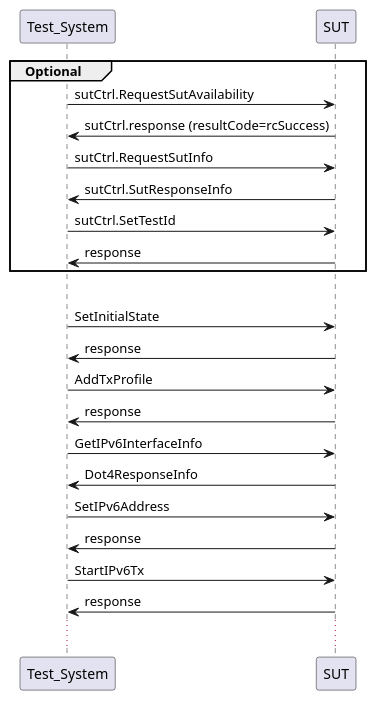
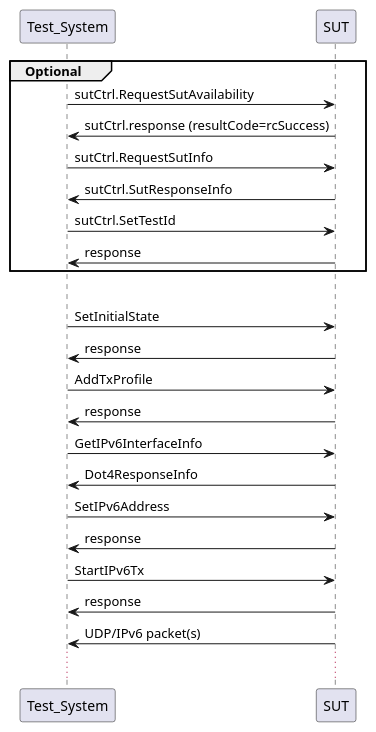
Before and after one commit to certificationoperatingcouncil/COC_TestSpecs: the first of 2 diagrams in Test Sequences/16094 IPv6 Testing TxProfile.md, drawn with PlantUML. The commit also changed other lines of this file, not shown here.

Commit message:
16094 IPv6 Testing TxProfile - Added flow of UDP packets following StartIpv6Tx request

````diff
--- a/Test Sequences/16094 IPv6 Testing TxProfile.md
+++ b/Test Sequences/16094 IPv6 Testing TxProfile.md
@@ -13,22 +13,23 @@
 ```puml
 group Optional
 Test_System->SUT: sutCtrl.RequestSutAvailability
 SUT->Test_System: sutCtrl.response (resultCode=rcSuccess)
 Test_System->SUT: sutCtrl.RequestSutInfo
 SUT->Test_System: sutCtrl.SutResponseInfo
 Test_System->SUT: sutCtrl.SetTestId
 SUT->Test_System: response
 end
 |||
 Test_System->SUT: SetInitialState
 SUT->Test_System: response
 Test_System->SUT: AddTxProfile
 SUT->Test_System: response
 Test_System->SUT: GetIPv6InterfaceInfo
 SUT->Test_System: Dot4ResponseInfo
 Test_System->SUT: SetIPv6Address
 SUT->Test_System: response
 Test_System->SUT: StartIPv6Tx
 SUT->Test_System: response
+SUT->Test_System: UDP/IPv6 packet(s)
 ...
 ```
````
